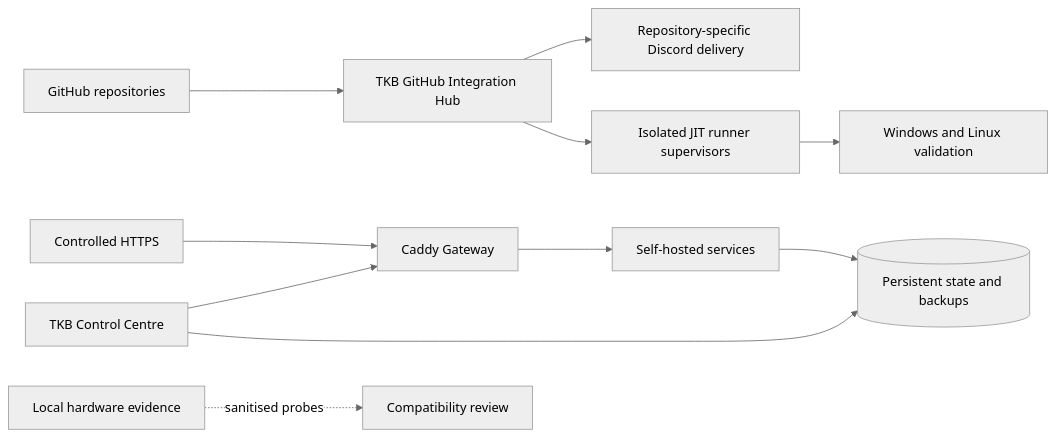
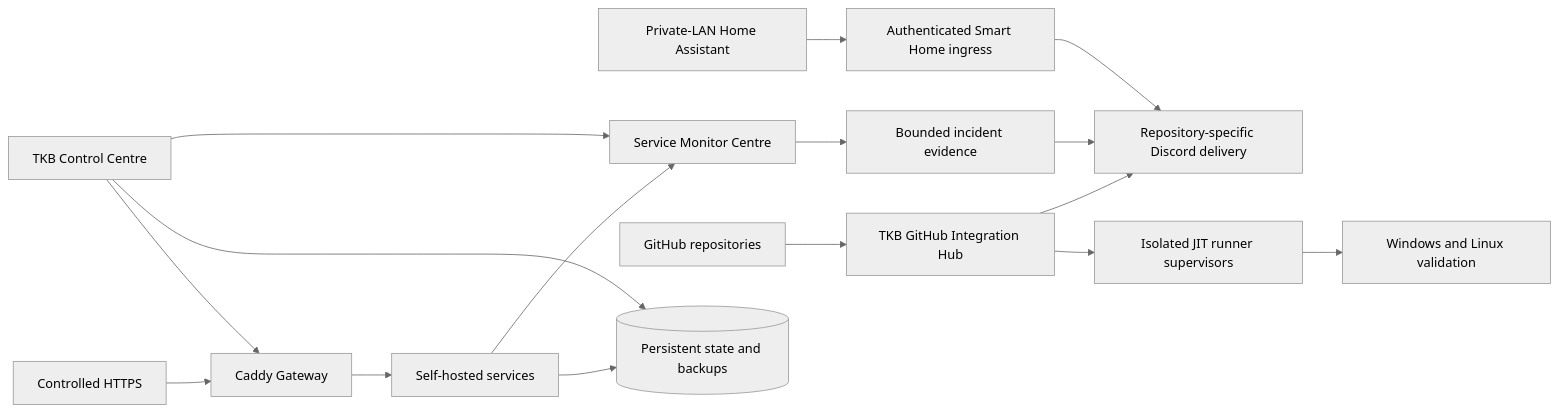
One commit to Conroy1988/Conroy1988 changed the diagram in README.md. Above: the diagram before and after it, drawn with Mermaid (neutral theme). The commit also changed other lines of this file, not shown here.

````diff
--- a/README.md
+++ b/README.md
@@ -306,15 +327,22 @@
 ```mermaid
 flowchart LR
     GitHub[GitHub repositories] --> Hub[TKB GitHub Integration Hub]
     Hub --> Discord[Repository-specific Discord delivery]
     Hub --> Runners[Isolated JIT runner supervisors]
     Runners --> Validation[Windows and Linux validation]
 
+    Services[Self-hosted services] --> Monitor[Service Monitor Centre]
+    Monitor --> Incidents[Bounded incident evidence]
+    Incidents --> Discord
+
+    Home[Private-LAN Home Assistant] --> Smart[Authenticated Smart Home ingress]
+    Smart --> Discord
+
     Internet[Controlled HTTPS] --> Caddy[Caddy Gateway]
-    Caddy --> Services[Self-hosted services]
+    Caddy --> Services
     Services --> Data[(Persistent state and backups)]
 
     Control[TKB Control Centre] --> Caddy
+    Control --> Monitor
     Control --> Data
-    Hardware[Local hardware evidence] -. sanitised probes .-> Research[Compatibility review]
 ```
````
